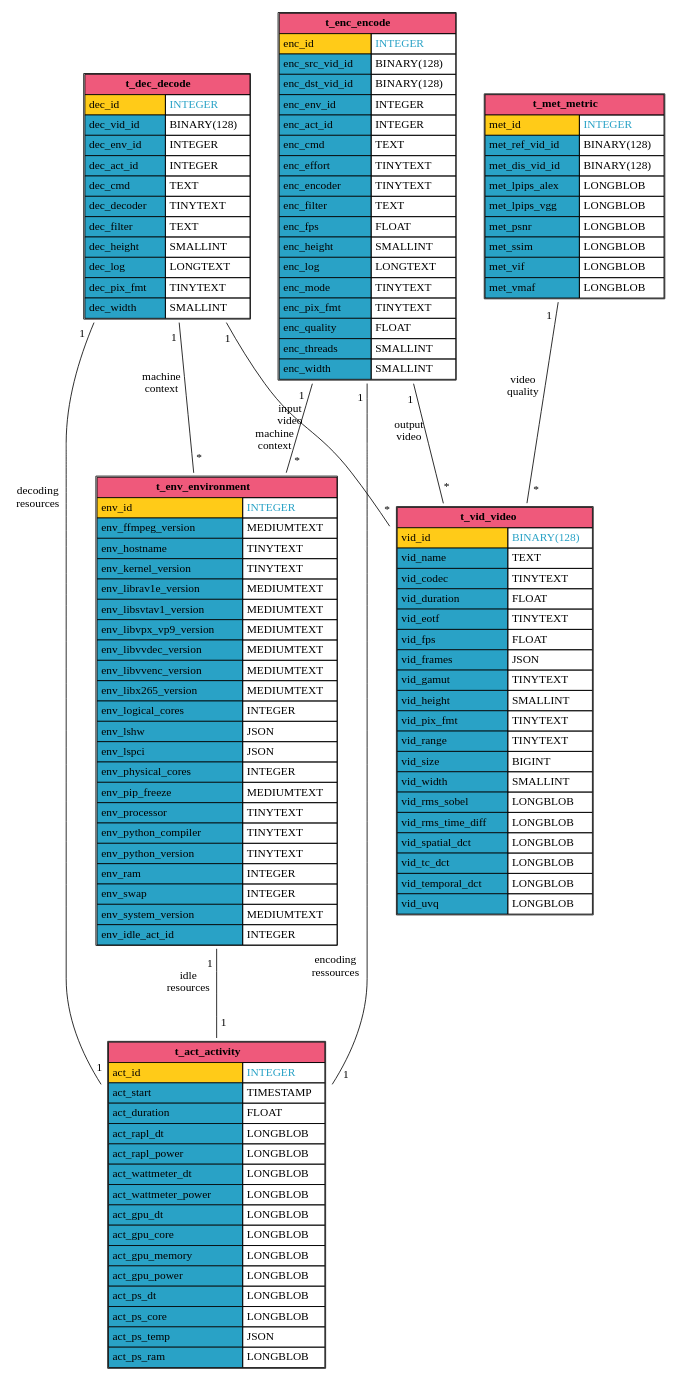
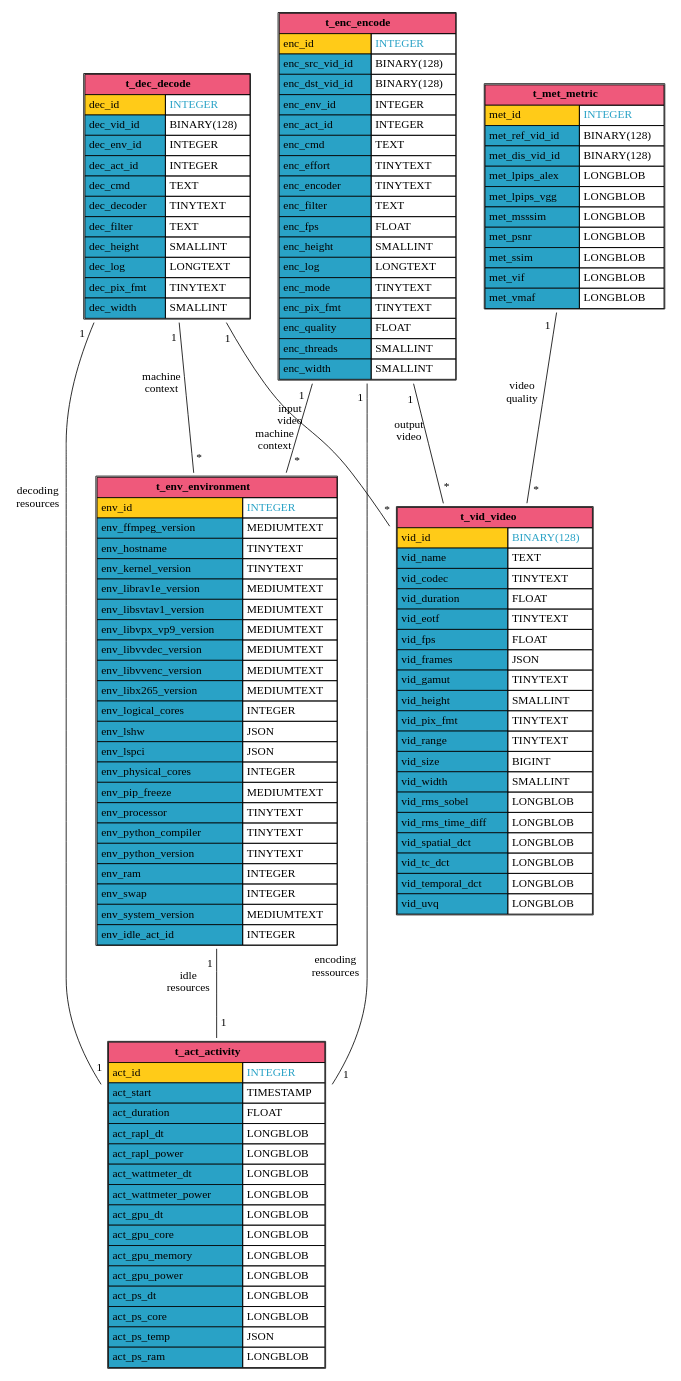
One commit to robinechuca/mendevi changed the diagram in docs/media/sql_database.dot. Above: the diagram before and after it, drawn with Graphviz. The commit also changed 12 other files, not shown here.

```diff
--- a/docs/media/sql_database.dot
+++ b/docs/media/sql_database.dot
@@ -1,148 +1,149 @@
 # dot -Tpdf sql_database.dot -o /tmp/sql_database.pdf && pdfcrop /tmp/sql_database.pdf sql_database.pdf
 # dot -Tsvg sql_database.dot > sql_database.svg
 graph database {
   node [shape=plaintext]
   t_act_activity [
     label=<
       <TABLE BORDER="1" CELLBORDER="1" CELLSPACING="0" CELLPADDING="4">
         <TR><TD COLSPAN="2" BGCOLOR="#ef597b"><B>t_act_activity</B></TD></TR>
         <TR><TD ALIGN="LEFT" BGCOLOR="#ffcb18">act_id</TD><TD ALIGN="LEFT"><FONT COLOR="#29a2c6">INTEGER</FONT></TD></TR>
         <TR><TD ALIGN="LEFT" BGCOLOR="#29a2c6">act_start</TD><TD ALIGN="LEFT">TIMESTAMP</TD></TR>
         <TR><TD ALIGN="LEFT" BGCOLOR="#29a2c6">act_duration</TD><TD ALIGN="LEFT">FLOAT</TD></TR>
         <TR><TD ALIGN="LEFT" BGCOLOR="#29a2c6">act_rapl_dt</TD><TD ALIGN="LEFT">LONGBLOB</TD></TR>
         <TR><TD ALIGN="LEFT" BGCOLOR="#29a2c6">act_rapl_power</TD><TD ALIGN="LEFT">LONGBLOB</TD></TR>
         <TR><TD ALIGN="LEFT" BGCOLOR="#29a2c6">act_wattmeter_dt</TD><TD ALIGN="LEFT">LONGBLOB</TD></TR>
         <TR><TD ALIGN="LEFT" BGCOLOR="#29a2c6">act_wattmeter_power</TD><TD ALIGN="LEFT">LONGBLOB</TD></TR>
         <TR><TD ALIGN="LEFT" BGCOLOR="#29a2c6">act_gpu_dt</TD><TD ALIGN="LEFT">LONGBLOB</TD></TR>
         <TR><TD ALIGN="LEFT" BGCOLOR="#29a2c6">act_gpu_core</TD><TD ALIGN="LEFT">LONGBLOB</TD></TR>
         <TR><TD ALIGN="LEFT" BGCOLOR="#29a2c6">act_gpu_memory</TD><TD ALIGN="LEFT">LONGBLOB</TD></TR>
         <TR><TD ALIGN="LEFT" BGCOLOR="#29a2c6">act_gpu_power</TD><TD ALIGN="LEFT">LONGBLOB</TD></TR>
         <TR><TD ALIGN="LEFT" BGCOLOR="#29a2c6">act_ps_dt</TD><TD ALIGN="LEFT">LONGBLOB</TD></TR>
         <TR><TD ALIGN="LEFT" BGCOLOR="#29a2c6">act_ps_core</TD><TD ALIGN="LEFT">LONGBLOB</TD></TR>
         <TR><TD ALIGN="LEFT" BGCOLOR="#29a2c6">act_ps_temp</TD><TD ALIGN="LEFT">JSON</TD></TR>
         <TR><TD ALIGN="LEFT" BGCOLOR="#29a2c6">act_ps_ram</TD><TD ALIGN="LEFT">LONGBLOB</TD></TR>
       </TABLE>
     >
   ];
   t_vid_video [
     label=<
       <TABLE BORDER="1" CELLBORDER="1" CELLSPACING="0" CELLPADDING="4">
         <TR><TD COLSPAN="2" BGCOLOR="#ef597b"><B>t_vid_video</B></TD></TR>
         <TR><TD ALIGN="LEFT" BGCOLOR="#ffcb18">vid_id</TD><TD ALIGN="LEFT"><FONT COLOR="#29a2c6">BINARY(128)</FONT></TD></TR>
         <TR><TD ALIGN="LEFT" BGCOLOR="#29a2c6">vid_name</TD><TD ALIGN="LEFT">TEXT</TD></TR>
         <TR><TD ALIGN="LEFT" BGCOLOR="#29a2c6">vid_codec</TD><TD ALIGN="LEFT">TINYTEXT</TD></TR>
         <TR><TD ALIGN="LEFT" BGCOLOR="#29a2c6">vid_duration</TD><TD ALIGN="LEFT">FLOAT</TD></TR>
         <TR><TD ALIGN="LEFT" BGCOLOR="#29a2c6">vid_eotf</TD><TD ALIGN="LEFT">TINYTEXT</TD></TR>
         <TR><TD ALIGN="LEFT" BGCOLOR="#29a2c6">vid_fps</TD><TD ALIGN="LEFT">FLOAT</TD></TR>
         <TR><TD ALIGN="LEFT" BGCOLOR="#29a2c6">vid_frames</TD><TD ALIGN="LEFT">JSON</TD></TR>
         <TR><TD ALIGN="LEFT" BGCOLOR="#29a2c6">vid_gamut</TD><TD ALIGN="LEFT">TINYTEXT</TD></TR>
         <TR><TD ALIGN="LEFT" BGCOLOR="#29a2c6">vid_height</TD><TD ALIGN="LEFT">SMALLINT</TD></TR>
         <TR><TD ALIGN="LEFT" BGCOLOR="#29a2c6">vid_pix_fmt</TD><TD ALIGN="LEFT">TINYTEXT</TD></TR>
         <TR><TD ALIGN="LEFT" BGCOLOR="#29a2c6">vid_range</TD><TD ALIGN="LEFT">TINYTEXT</TD></TR>
         <TR><TD ALIGN="LEFT" BGCOLOR="#29a2c6">vid_size</TD><TD ALIGN="LEFT">BIGINT</TD></TR>
         <TR><TD ALIGN="LEFT" BGCOLOR="#29a2c6">vid_width</TD><TD ALIGN="LEFT">SMALLINT</TD></TR>
         <TR><TD ALIGN="LEFT" BGCOLOR="#29a2c6">vid_rms_sobel</TD><TD ALIGN="LEFT">LONGBLOB</TD></TR>
         <TR><TD ALIGN="LEFT" BGCOLOR="#29a2c6">vid_rms_time_diff</TD><TD ALIGN="LEFT">LONGBLOB</TD></TR>
         <TR><TD ALIGN="LEFT" BGCOLOR="#29a2c6">vid_spatial_dct</TD><TD ALIGN="LEFT">LONGBLOB</TD></TR>
         <TR><TD ALIGN="LEFT" BGCOLOR="#29a2c6">vid_tc_dct</TD><TD ALIGN="LEFT">LONGBLOB</TD></TR>
         <TR><TD ALIGN="LEFT" BGCOLOR="#29a2c6">vid_temporal_dct</TD><TD ALIGN="LEFT">LONGBLOB</TD></TR>
         <TR><TD ALIGN="LEFT" BGCOLOR="#29a2c6">vid_uvq</TD><TD ALIGN="LEFT">LONGBLOB</TD></TR>
       </TABLE>
     >
   ];
   t_met_metric [
     label=<
       <TABLE BORDER="1" CELLBORDER="1" CELLSPACING="0" CELLPADDING="4">
         <TR><TD COLSPAN="2" BGCOLOR="#ef597b"><B>t_met_metric</B></TD></TR>
         <TR><TD ALIGN="LEFT" BGCOLOR="#ffcb18">met_id</TD><TD ALIGN="LEFT"><FONT COLOR="#29a2c6">INTEGER</FONT></TD></TR>
         <TR><TD ALIGN="LEFT" BGCOLOR="#29a2c6">met_ref_vid_id</TD><TD ALIGN="LEFT">BINARY(128)</TD></TR>
         <TR><TD ALIGN="LEFT" BGCOLOR="#29a2c6">met_dis_vid_id</TD><TD ALIGN="LEFT">BINARY(128)</TD></TR>
         <TR><TD ALIGN="LEFT" BGCOLOR="#29a2c6">met_lpips_alex</TD><TD ALIGN="LEFT">LONGBLOB</TD></TR>
         <TR><TD ALIGN="LEFT" BGCOLOR="#29a2c6">met_lpips_vgg</TD><TD ALIGN="LEFT">LONGBLOB</TD></TR>
+        <TR><TD ALIGN="LEFT" BGCOLOR="#29a2c6">met_msssim</TD><TD ALIGN="LEFT">LONGBLOB</TD></TR>
         <TR><TD ALIGN="LEFT" BGCOLOR="#29a2c6">met_psnr</TD><TD ALIGN="LEFT">LONGBLOB</TD></TR>
         <TR><TD ALIGN="LEFT" BGCOLOR="#29a2c6">met_ssim</TD><TD ALIGN="LEFT">LONGBLOB</TD></TR>
         <TR><TD ALIGN="LEFT" BGCOLOR="#29a2c6">met_vif</TD><TD ALIGN="LEFT">LONGBLOB</TD></TR>
         <TR><TD ALIGN="LEFT" BGCOLOR="#29a2c6">met_vmaf</TD><TD ALIGN="LEFT">LONGBLOB</TD></TR>
       </TABLE>
     >
   ];
   t_env_environment [
     label=<
       <TABLE BORDER="1" CELLBORDER="1" CELLSPACING="0" CELLPADDING="4">
         <TR><TD COLSPAN="2" BGCOLOR="#ef597b"><B>t_env_environment</B></TD></TR>
         <TR><TD ALIGN="LEFT" BGCOLOR="#ffcb18">env_id</TD><TD ALIGN="LEFT"><FONT COLOR="#29a2c6">INTEGER</FONT></TD></TR>
         <TR><TD ALIGN="LEFT" BGCOLOR="#29a2c6">env_ffmpeg_version</TD><TD ALIGN="LEFT">MEDIUMTEXT</TD></TR>
         <TR><TD ALIGN="LEFT" BGCOLOR="#29a2c6">env_hostname</TD><TD ALIGN="LEFT">TINYTEXT</TD></TR>
         <TR><TD ALIGN="LEFT" BGCOLOR="#29a2c6">env_kernel_version</TD><TD ALIGN="LEFT">TINYTEXT</TD></TR>
         <TR><TD ALIGN="LEFT" BGCOLOR="#29a2c6">env_librav1e_version</TD><TD ALIGN="LEFT">MEDIUMTEXT</TD></TR>
         <TR><TD ALIGN="LEFT" BGCOLOR="#29a2c6">env_libsvtav1_version</TD><TD ALIGN="LEFT">MEDIUMTEXT</TD></TR>
         <TR><TD ALIGN="LEFT" BGCOLOR="#29a2c6">env_libvpx_vp9_version</TD><TD ALIGN="LEFT">MEDIUMTEXT</TD></TR>
         <TR><TD ALIGN="LEFT" BGCOLOR="#29a2c6">env_libvvdec_version</TD><TD ALIGN="LEFT">MEDIUMTEXT</TD></TR>
         <TR><TD ALIGN="LEFT" BGCOLOR="#29a2c6">env_libvvenc_version</TD><TD ALIGN="LEFT">MEDIUMTEXT</TD></TR>
         <TR><TD ALIGN="LEFT" BGCOLOR="#29a2c6">env_libx265_version</TD><TD ALIGN="LEFT">MEDIUMTEXT</TD></TR>
         <TR><TD ALIGN="LEFT" BGCOLOR="#29a2c6">env_logical_cores</TD><TD ALIGN="LEFT">INTEGER</TD></TR>
         <TR><TD ALIGN="LEFT" BGCOLOR="#29a2c6">env_lshw</TD><TD ALIGN="LEFT">JSON</TD></TR>
         <TR><TD ALIGN="LEFT" BGCOLOR="#29a2c6">env_lspci</TD><TD ALIGN="LEFT">JSON</TD></TR>
         <TR><TD ALIGN="LEFT" BGCOLOR="#29a2c6">env_physical_cores</TD><TD ALIGN="LEFT">INTEGER</TD></TR>
         <TR><TD ALIGN="LEFT" BGCOLOR="#29a2c6">env_pip_freeze</TD><TD ALIGN="LEFT">MEDIUMTEXT</TD></TR>
         <TR><TD ALIGN="LEFT" BGCOLOR="#29a2c6">env_processor</TD><TD ALIGN="LEFT">TINYTEXT</TD></TR>
         <TR><TD ALIGN="LEFT" BGCOLOR="#29a2c6">env_python_compiler</TD><TD ALIGN="LEFT">TINYTEXT</TD></TR>
         <TR><TD ALIGN="LEFT" BGCOLOR="#29a2c6">env_python_version</TD><TD ALIGN="LEFT">TINYTEXT</TD></TR>
         <TR><TD ALIGN="LEFT" BGCOLOR="#29a2c6">env_ram</TD><TD ALIGN="LEFT">INTEGER</TD></TR>
         <TR><TD ALIGN="LEFT" BGCOLOR="#29a2c6">env_swap</TD><TD ALIGN="LEFT">INTEGER</TD></TR>
         <TR><TD ALIGN="LEFT" BGCOLOR="#29a2c6">env_system_version</TD><TD ALIGN="LEFT">MEDIUMTEXT</TD></TR>
         <TR><TD ALIGN="LEFT" BGCOLOR="#29a2c6">env_idle_act_id</TD><TD ALIGN="LEFT">INTEGER</TD></TR>
       </TABLE>
     >
   ];
   t_dec_decode [
     label=<
       <TABLE BORDER="1" CELLBORDER="1" CELLSPACING="0" CELLPADDING="4">
         <TR><TD COLSPAN="2" BGCOLOR="#ef597b"><B>t_dec_decode</B></TD></TR>
         <TR><TD ALIGN="LEFT" BGCOLOR="#ffcb18">dec_id</TD><TD ALIGN="LEFT"><FONT COLOR="#29a2c6">INTEGER</FONT></TD></TR>
         <TR><TD ALIGN="LEFT" BGCOLOR="#29a2c6">dec_vid_id</TD><TD ALIGN="LEFT">BINARY(128)</TD></TR>
         <TR><TD ALIGN="LEFT" BGCOLOR="#29a2c6">dec_env_id</TD><TD ALIGN="LEFT">INTEGER</TD></TR>
         <TR><TD ALIGN="LEFT" BGCOLOR="#29a2c6">dec_act_id</TD><TD ALIGN="LEFT">INTEGER</TD></TR>
         <TR><TD ALIGN="LEFT" BGCOLOR="#29a2c6">dec_cmd</TD><TD ALIGN="LEFT">TEXT</TD></TR>
         <TR><TD ALIGN="LEFT" BGCOLOR="#29a2c6">dec_decoder</TD><TD ALIGN="LEFT">TINYTEXT</TD></TR>
         <TR><TD ALIGN="LEFT" BGCOLOR="#29a2c6">dec_filter</TD><TD ALIGN="LEFT">TEXT</TD></TR>
         <TR><TD ALIGN="LEFT" BGCOLOR="#29a2c6">dec_height</TD><TD ALIGN="LEFT">SMALLINT</TD></TR>
         <TR><TD ALIGN="LEFT" BGCOLOR="#29a2c6">dec_log</TD><TD ALIGN="LEFT">LONGTEXT</TD></TR>
         <TR><TD ALIGN="LEFT" BGCOLOR="#29a2c6">dec_pix_fmt</TD><TD ALIGN="LEFT">TINYTEXT</TD></TR>
         <TR><TD ALIGN="LEFT" BGCOLOR="#29a2c6">dec_width</TD><TD ALIGN="LEFT">SMALLINT</TD></TR>
       </TABLE>
     >
   ];
   t_enc_encode [
     label=<
       <TABLE BORDER="1" CELLBORDER="1" CELLSPACING="0" CELLPADDING="4">
         <TR><TD COLSPAN="2" BGCOLOR="#ef597b"><B>t_enc_encode</B></TD></TR>
         <TR><TD ALIGN="LEFT" BGCOLOR="#ffcb18">enc_id</TD><TD ALIGN="LEFT"><FONT COLOR="#29a2c6">INTEGER</FONT></TD></TR>
         <TR><TD ALIGN="LEFT" BGCOLOR="#29a2c6">enc_src_vid_id</TD><TD ALIGN="LEFT">BINARY(128)</TD></TR>
         <TR><TD ALIGN="LEFT" BGCOLOR="#29a2c6">enc_dst_vid_id</TD><TD ALIGN="LEFT">BINARY(128)</TD></TR>
         <TR><TD ALIGN="LEFT" BGCOLOR="#29a2c6">enc_env_id</TD><TD ALIGN="LEFT">INTEGER</TD></TR>
         <TR><TD ALIGN="LEFT" BGCOLOR="#29a2c6">enc_act_id</TD><TD ALIGN="LEFT">INTEGER</TD></TR>
         <TR><TD ALIGN="LEFT" BGCOLOR="#29a2c6">enc_cmd</TD><TD ALIGN="LEFT">TEXT</TD></TR>
         <TR><TD ALIGN="LEFT" BGCOLOR="#29a2c6">enc_effort</TD><TD ALIGN="LEFT">TINYTEXT</TD></TR>
         <TR><TD ALIGN="LEFT" BGCOLOR="#29a2c6">enc_encoder</TD><TD ALIGN="LEFT">TINYTEXT</TD></TR>
         <TR><TD ALIGN="LEFT" BGCOLOR="#29a2c6">enc_filter</TD><TD ALIGN="LEFT">TEXT</TD></TR>
         <TR><TD ALIGN="LEFT" BGCOLOR="#29a2c6">enc_fps</TD><TD ALIGN="LEFT">FLOAT</TD></TR>
         <TR><TD ALIGN="LEFT" BGCOLOR="#29a2c6">enc_height</TD><TD ALIGN="LEFT">SMALLINT</TD></TR>
         <TR><TD ALIGN="LEFT" BGCOLOR="#29a2c6">enc_log</TD><TD ALIGN="LEFT">LONGTEXT</TD></TR>
         <TR><TD ALIGN="LEFT" BGCOLOR="#29a2c6">enc_mode</TD><TD ALIGN="LEFT">TINYTEXT</TD></TR>
         <TR><TD ALIGN="LEFT" BGCOLOR="#29a2c6">enc_pix_fmt</TD><TD ALIGN="LEFT">TINYTEXT</TD></TR>
         <TR><TD ALIGN="LEFT" BGCOLOR="#29a2c6">enc_quality</TD><TD ALIGN="LEFT">FLOAT</TD></TR>
         <TR><TD ALIGN="LEFT" BGCOLOR="#29a2c6">enc_threads</TD><TD ALIGN="LEFT">SMALLINT</TD></TR>
         <TR><TD ALIGN="LEFT" BGCOLOR="#29a2c6">enc_width</TD><TD ALIGN="LEFT">SMALLINT</TD></TR>
       </TABLE>
     >
   ];
   t_enc_encode -- t_act_activity [minlen=3 taillabel="1" headlabel="1" xlabel="encoding\nressources" labeldistance=2.0]
   t_enc_encode -- t_env_environment [minlen=3 taillabel="1" headlabel="*" xlabel="machine\ncontext" labeldistance=2.0]
   t_enc_encode -- t_vid_video [minlen=3 taillabel="1" headlabel="*" xlabel="output\nvideo" labeldistance=2.0]
   t_met_metric -- t_vid_video [minlen=3 taillabel="1" headlabel="*" xlabel="video\nquality" labeldistance=2.0]
   t_dec_decode -- t_act_activity [minlen=3 taillabel="1" headlabel="1" xlabel="decoding\nresources" labeldistance=2.0]
   t_dec_decode -- t_env_environment [minlen=3 taillabel="1" headlabel="*" xlabel="machine\ncontext" labeldistance=2.0]
   t_dec_decode -- t_vid_video [minlen=3 taillabel="1" headlabel="*" xlabel="input\nvideo" labeldistance=2.0]
   t_env_environment -- t_act_activity [minlen=3 taillabel="1" headlabel="1" xlabel="idle\nresources" labeldistance=2.0]
 }
```
